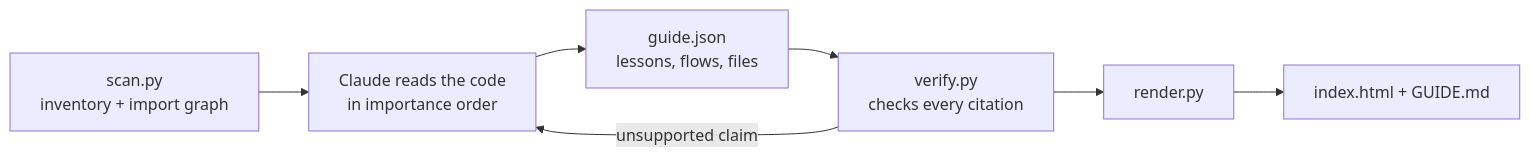
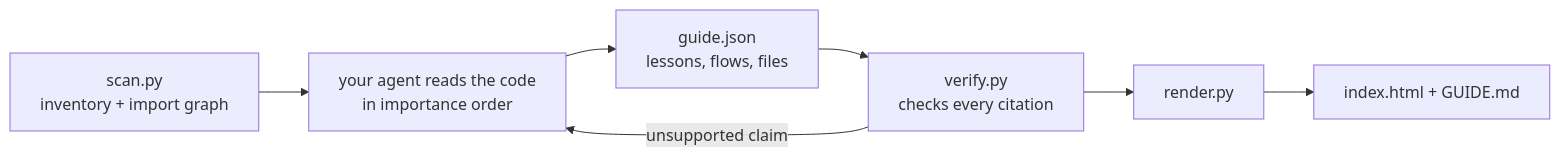
One commit to SanyamWadhwa07/onramp changed the diagram in README.md. Above: the diagram before and after it, drawn with Mermaid. The commit also changed other lines of this file, not shown here.

````diff
--- a/README.md
+++ b/README.md
@@ -124,9 +161,9 @@
 ```mermaid
 flowchart LR
-  scan["scan.py<br/>inventory + import graph"] --> read["Claude reads the code<br/>in importance order"]
+  scan["scan.py<br/>inventory + import graph"] --> read["your agent reads the code<br/>in importance order"]
   read --> guide["guide.json<br/>lessons, flows, files"]
   guide --> verify["verify.py<br/>checks every citation"]
   verify -- "unsupported claim" --> read
   verify --> render["render.py"]
   render --> out["index.html + GUIDE.md"]
 ```
````
